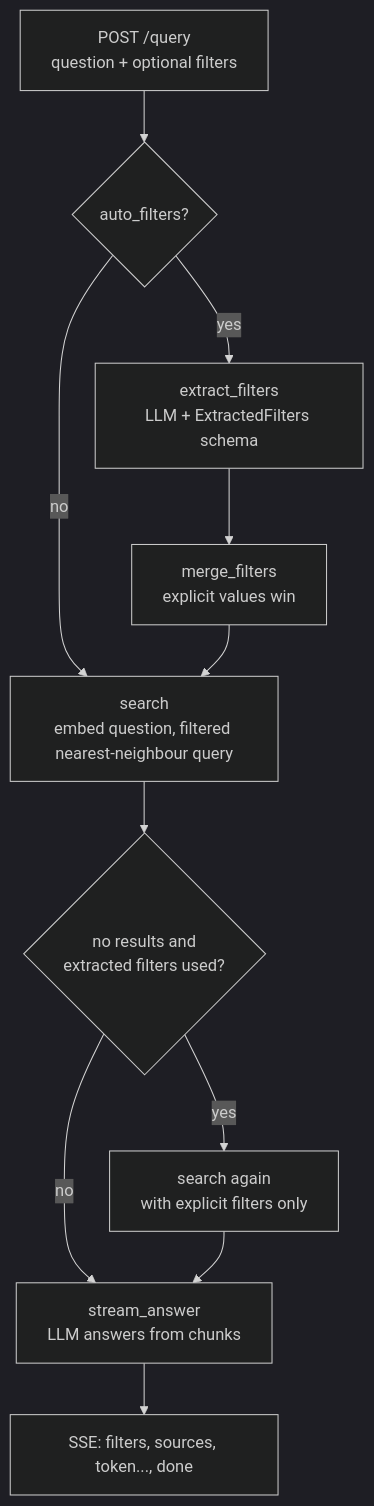
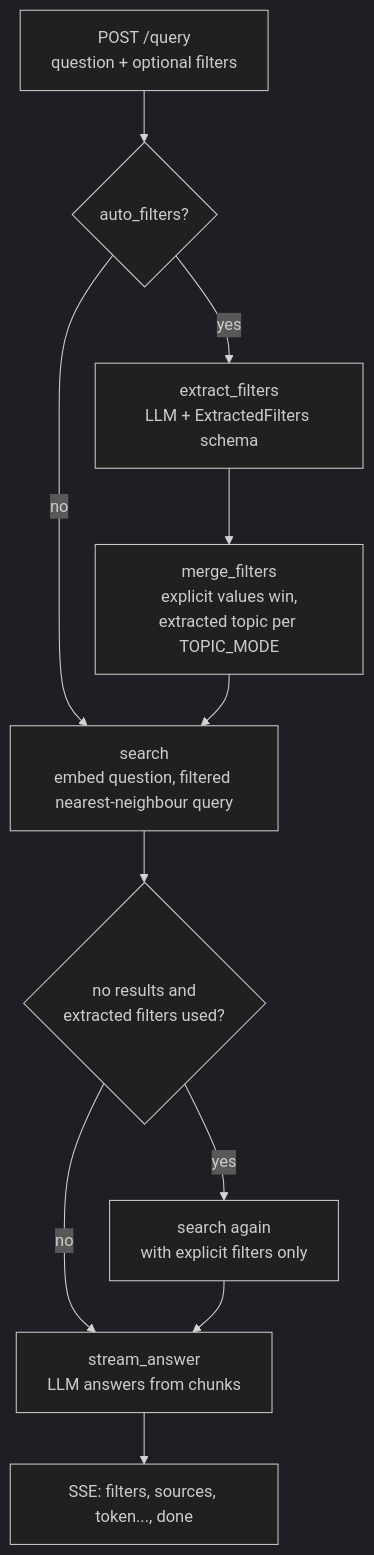
The second of 2 diagrams in docs/architecture.md (fischerdm/databricks-rag), drawn with Mermaid (dark theme) before and after one commit. The commit also changed other lines of this file and 8 other files, not shown here.

````diff
--- a/docs/architecture.md
+++ b/docs/architecture.md
@@ -57,13 +57,13 @@
 ```mermaid
 flowchart TD
     Q[POST /query<br/>question + optional filters] --> E{auto_filters?}
     E -- yes --> X[extract_filters<br/>LLM + ExtractedFilters schema]
-    X --> M[merge_filters<br/>explicit values win]
+    X --> M[merge_filters<br/>explicit values win,<br/>extracted topic per TOPIC_MODE]
     E -- no --> S
     M --> S[search<br/>embed question, filtered nearest-neighbour query]
     S --> F{no results and<br/>extracted filters used?}
     F -- yes --> S2[search again<br/>with explicit filters only]
     F -- no --> G
     S2 --> G[stream_answer<br/>LLM answers from chunks]
     G --> R[SSE: filters, sources, token..., done]
 ```
````
